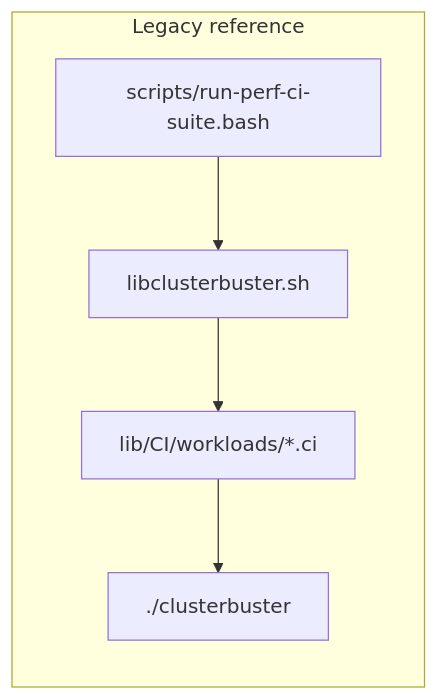
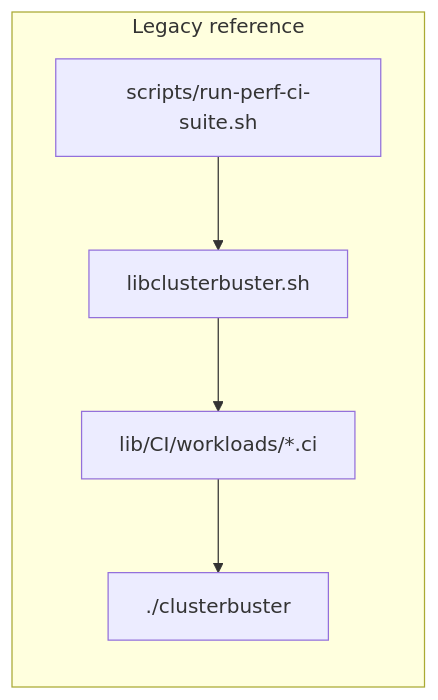
The first of 2 diagrams in docs/clusterbuster-ci-python-phase2.md (RobertKrawitz/clusterbuster), drawn with Mermaid before and after one commit. The commit also changed other lines of this file, not shown here.

First line of the commit message:
docs: Phase 2 plan — run-perf-ci-suite name, legacy run-perf-ci-suite.sh

````diff
--- a/docs/clusterbuster-ci-python-phase2.md
+++ b/docs/clusterbuster-ci-python-phase2.md
@@ -31,12 +36,12 @@
 ```mermaid
 flowchart LR
   subgraph today [Legacy reference]
-    R[scripts/run-perf-ci-suite.bash]
+    R[scripts/run-perf-ci-suite.sh]
     L[libclusterbuster.sh]
     C[lib/CI/workloads/*.ci]
     B[./clusterbuster]
     R --> L
     L --> C
     C --> B
   end
 ```
````
